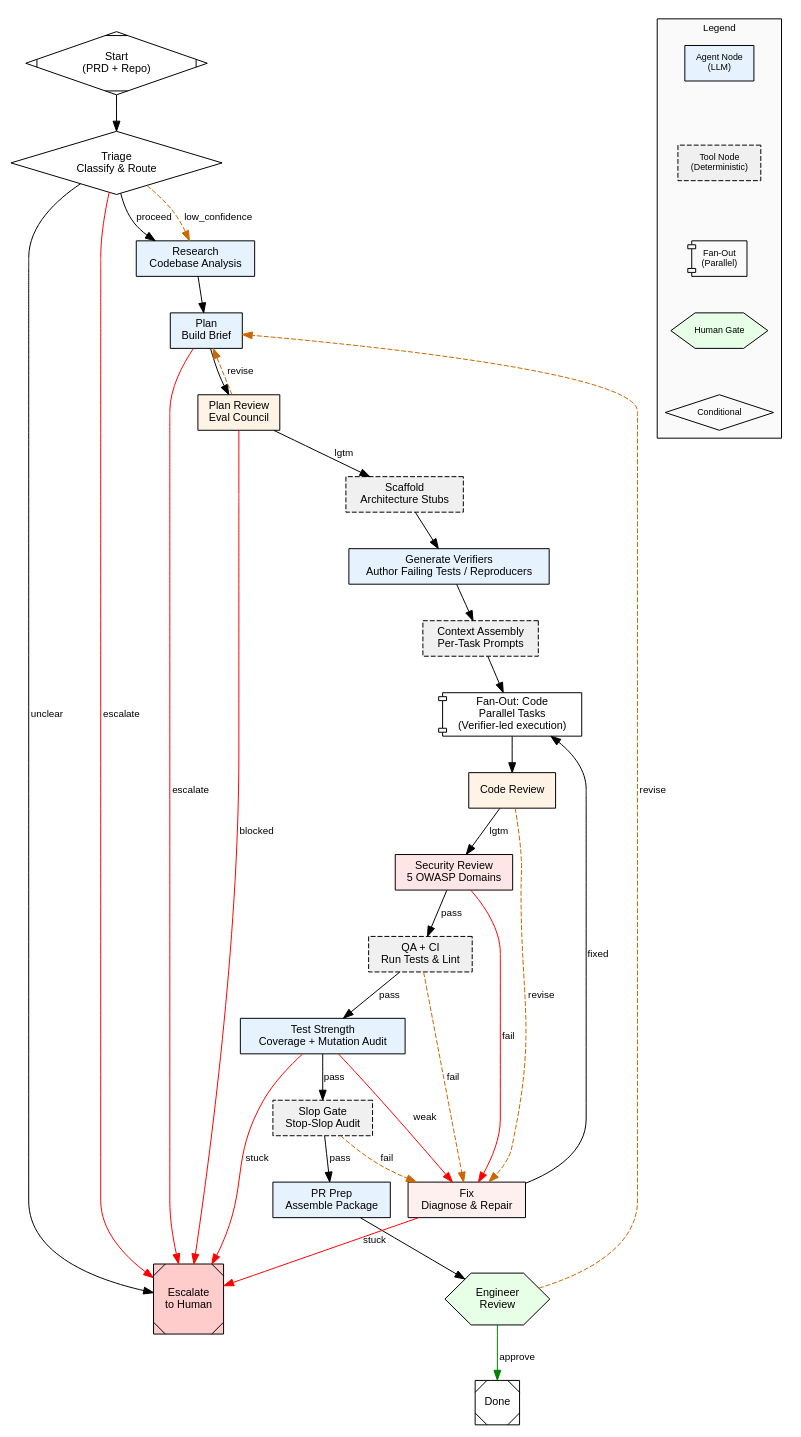
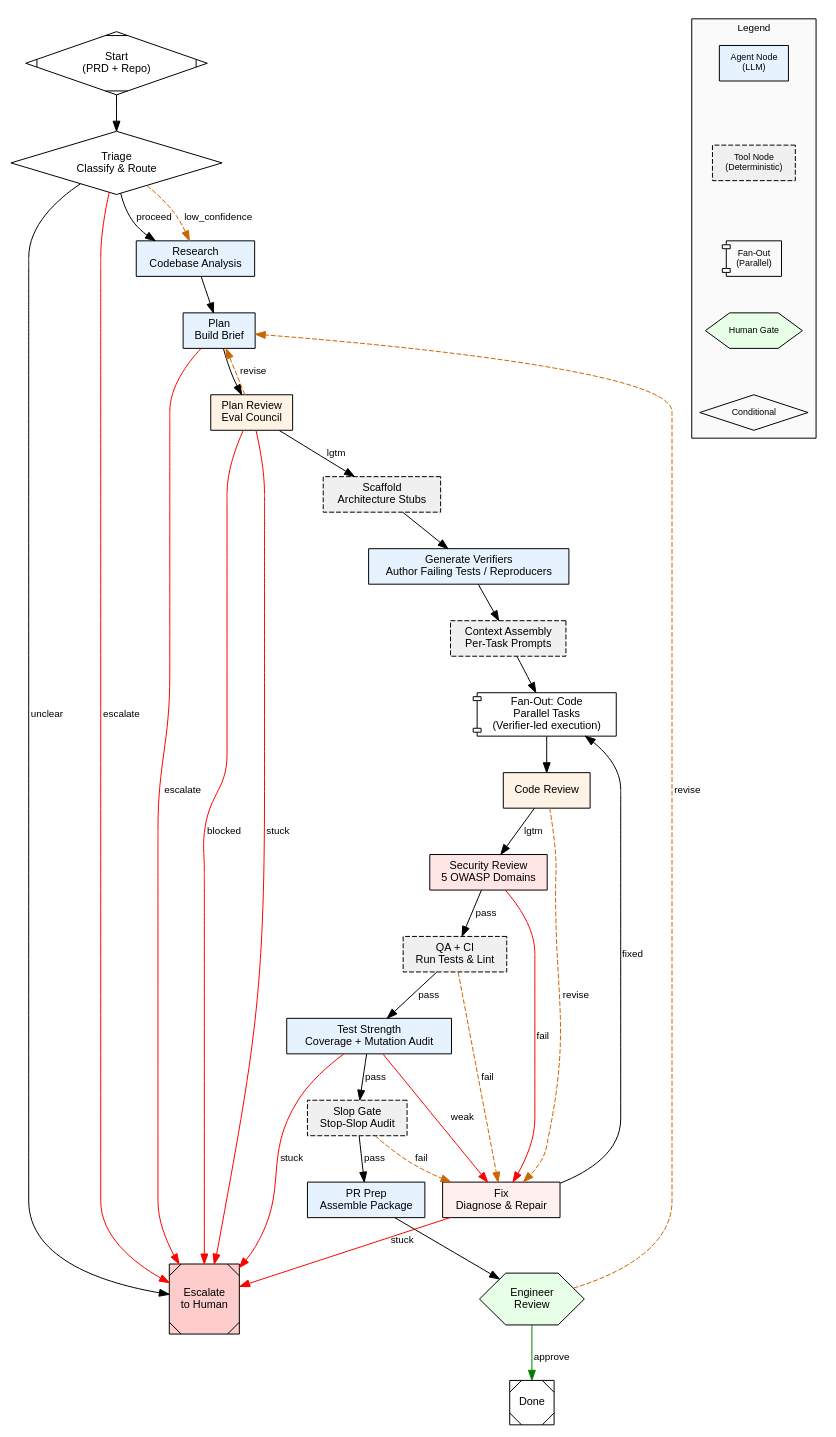
The diagram in WORKFLOW.dot (bigeasyfreeman/adlc), drawn with Graphviz before and after one commit. The commit also changed 42 other files, not shown here.

```diff
--- a/WORKFLOW.dot
+++ b/WORKFLOW.dot
@@ -1,137 +1,138 @@
 // ADLC Pipeline — Directed Acyclic Graph
 // Node shapes: box=agent, component=fan-out, hexagon=human-gate, diamond=conditional, rect(dashed)=tool; tool nodes are dashed and gen_tests is now an agent node.
 // Edge labels drive routing: lgtm, revise, escalate, low_confidence, pass, fail, weak, stuck
 
 digraph ADLC {
     rankdir=TB
     fontname="Helvetica"
     node [fontname="Helvetica", fontsize=11]
     edge [fontname="Helvetica", fontsize=10]
 
     // ─── Start / Exit ───
     start [shape=Mdiamond, label="Start\n(PRD + Repo)"]
     done  [shape=Msquare, label="Done"]
     escalate [shape=Msquare, label="Escalate\nto Human", style=filled, fillcolor="#ffcccc"]
 
     // ─── Triage (lightweight LLM pass) ───
     triage [shape=diamond, label="Triage\nClassify & Route"]
 
     // ─── Research (agentic) ───
     research [shape=box, label="Research\nCodebase Analysis", style=filled, fillcolor="#e6f3ff"]
 
     // ─── Planning (agentic) ───
     plan [shape=box, label="Plan\nBuild Brief", style=filled, fillcolor="#e6f3ff"]
 
     // ─── Plan Review (agentic — Eval Council) ───
     plan_review [shape=box, label="Plan Review\nEval Council", style=filled, fillcolor="#fff3e6"]
 
     // ─── Scaffold + Tests (scaffold deterministic, verifier authoring agentic) ───
     scaffold [shape=box, label="Scaffold\nArchitecture Stubs", style="dashed,filled", fillcolor="#f0f0f0"]
     gen_tests [shape=box, label="Generate Verifiers\nAuthor Failing Tests / Reproducers", style=filled, fillcolor="#e6f3ff"]
 
     // ─── Context Assembly (deterministic) ───
     context_assembly [shape=box, label="Context Assembly\nPer-Task Prompts", style="dashed,filled", fillcolor="#f0f0f0"]
 
     // ─── Coding (fan-out: parallel task execution) ───
     code [shape=component, label="Fan-Out: Code\nParallel Tasks\n(Verifier-led execution)"]
 
     // ─── Code Review (agentic) ───
     code_review [shape=box, label="Code Review", style=filled, fillcolor="#fff3e6"]
 
     // ─── Security Review (agentic) ───
     security [shape=box, label="Security Review\n5 OWASP Domains", style=filled, fillcolor="#ffe6e6"]
 
     // ─── QA + CI (deterministic tool node) ───
     qa [shape=box, label="QA + CI\nRun Tests & Lint", style="dashed,filled", fillcolor="#f0f0f0"]
 
     // ─── Test Strength + Slop Gate ───
     test_strength [shape=box, label="Test Strength\nCoverage + Mutation Audit", style=filled, fillcolor="#e6f3ff"]
     slop_gate [shape=box, label="Slop Gate\nStop-Slop Audit", style="dashed,filled", fillcolor="#f0f0f0"]
 
     // ─── PR Assembly (agentic) ───
     pr_prep [shape=box, label="PR Prep\nAssemble Package", style=filled, fillcolor="#e6f3ff"]
 
     // ─── Human Gate ───
     engineer_review [shape=hexagon, label="Engineer\nReview", style=filled, fillcolor="#e6ffe6"]
 
     // ─── Fix Node (recovery loop) ───
     fixer [shape=box, label="Fix\nDiagnose & Repair", style=filled, fillcolor="#fff0f0"]
 
     // ═══ Edges ═══
 
     // Entry
     start -> triage
 
     // Triage routing
     triage -> research     [label="proceed"]
     triage -> research     [label="low_confidence", style=dashed, color="#cc6600"]
     triage -> escalate     [label="unclear"]
     triage -> escalate     [label="escalate", color="red"]
 
     // Research → Plan
     research -> plan
 
     // Plan ↔ Review loop
     plan -> plan_review
     plan_review -> plan          [label="revise", style=dashed, color="#cc6600"]
     plan_review -> scaffold      [label="lgtm"]
     plan_review -> escalate      [label="blocked", color="red"]
+    plan_review -> escalate      [label="stuck", color="red"]
     plan -> escalate             [label="escalate", color="red"]
 
     // Scaffold → Tests → Context Assembly
     scaffold -> gen_tests
     gen_tests -> context_assembly
 
     // Context Assembly → Fan-Out Code
     context_assembly -> code
 
     // Code → Review loop
     code -> code_review
     code_review -> fixer         [label="revise", style=dashed, color="#cc6600"]
     code_review -> security      [label="lgtm"]
     fixer -> code                [label="fixed"]
     fixer -> escalate            [label="stuck", color="red"]
 
     // Security gate
     security -> qa               [label="pass"]
     security -> fixer            [label="fail", color="red"]
 
     // QA gate
     qa -> test_strength          [label="pass"]
     qa -> fixer                  [label="fail", style=dashed, color="#cc6600"]
 
     // Test-strength gate
     test_strength -> slop_gate   [label="pass"]
     test_strength -> fixer       [label="weak", color="red"]
     test_strength -> escalate    [label="stuck", color="red"]
 
     // Slop gate
     slop_gate -> pr_prep         [label="pass"]
     slop_gate -> fixer           [label="fail", style=dashed, color="#cc6600"]
 
     // PR → Human Gate
     pr_prep -> engineer_review
 
     // Human gate routing
     engineer_review -> done      [label="approve", color="green"]
     engineer_review -> plan      [label="revise", style=dashed, color="#cc6600"]
 
     // ─── Subgraph: Legend ───
     subgraph cluster_legend {
         label="Legend"
         style=filled
         fillcolor="#fafafa"
         fontsize=10
 
         l_agent [shape=box, label="Agent Node\n(LLM)", style=filled, fillcolor="#e6f3ff", fontsize=9]
         l_tool  [shape=box, label="Tool Node\n(Deterministic)", style="dashed,filled", fillcolor="#f0f0f0", fontsize=9]
         l_fan   [shape=component, label="Fan-Out\n(Parallel)", fontsize=9]
         l_gate  [shape=hexagon, label="Human Gate", style=filled, fillcolor="#e6ffe6", fontsize=9]
         l_cond  [shape=diamond, label="Conditional", fontsize=9]
 
         l_agent -> l_tool [style=invis]
         l_tool -> l_fan [style=invis]
         l_fan -> l_gate [style=invis]
         l_gate -> l_cond [style=invis]
     }
 }
```
